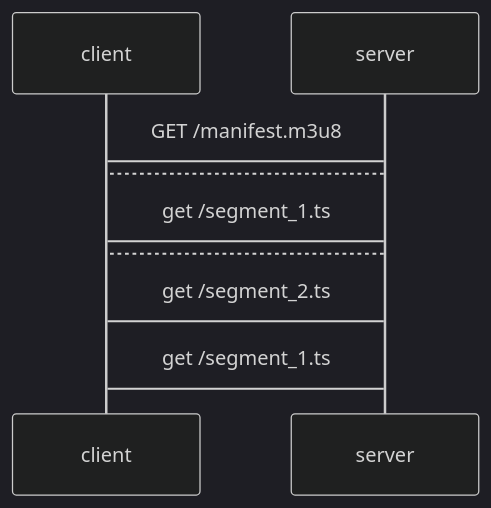
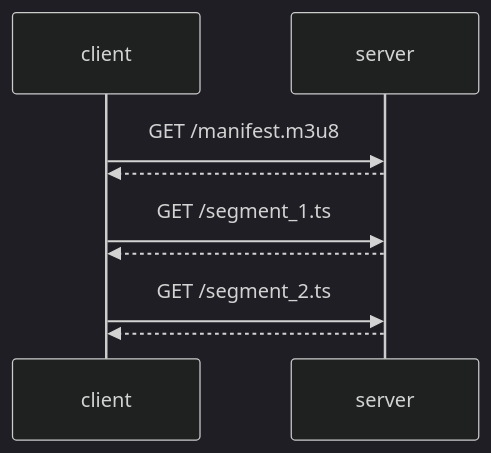
One commit to tlehman/hls-client-cpp changed the diagram in README.md. Above: the diagram before and after it, drawn with Mermaid (dark theme).

Commit message:
Fix sequence diagram

````diff
--- a/README.md
+++ b/README.md
@@ -28,9 +28,10 @@
 ```mermaid
 sequenceDiagram
-  client -> server: GET /manifest.m3u8
-  server --> client:
-  client -> server: get /segment_1.ts
-  server --> client:
-  client -> server: get /segment_2.ts
-  client -> server: get /segment_1.ts
+    client->>server: GET /manifest.m3u8
+    server-->>client:
+    client->>server: GET /segment_1.ts
+    server-->>client:
+    client->>server: GET /segment_2.ts
+    server-->>client:
+
 ```
````
